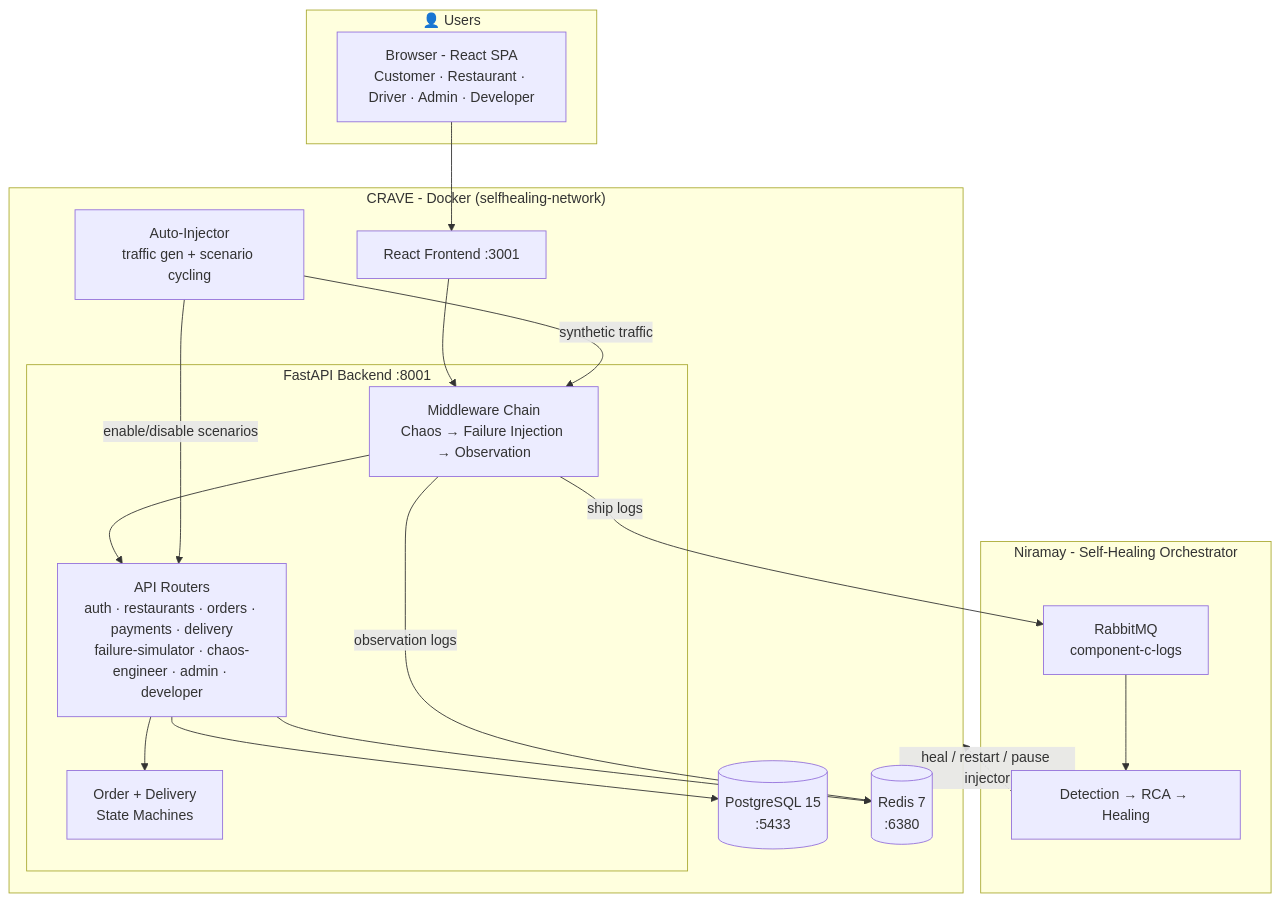
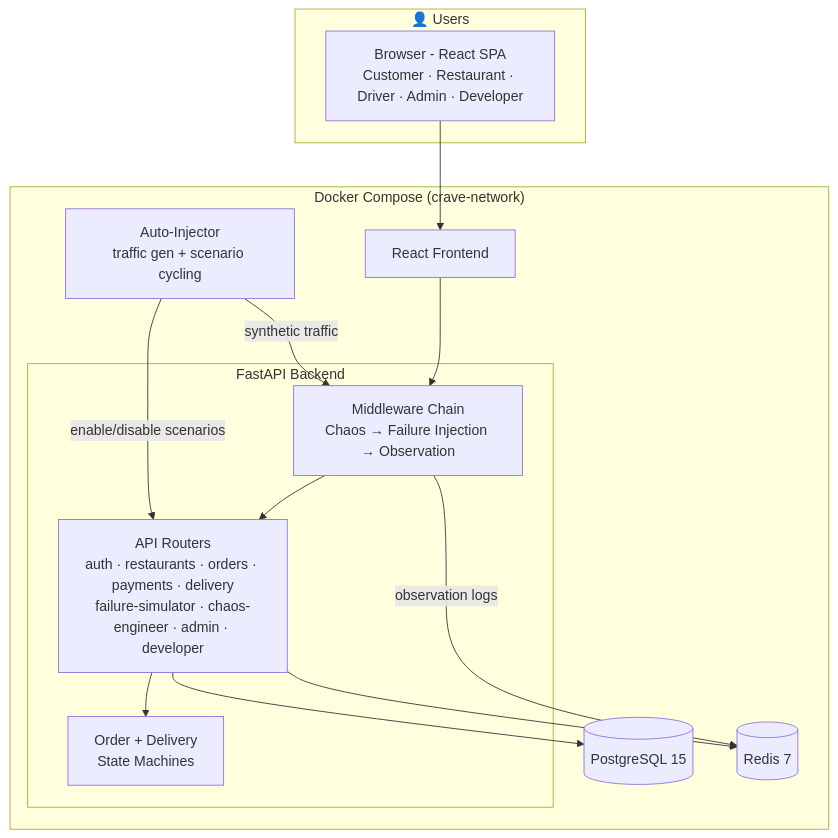
Before and after one commit to ParthGarg7/crave-chaos-kitchen: the first of 3 diagrams in README.md, drawn with Mermaid. The commit also changed other lines of this file and 8 other files, not shown here.

````diff
--- a/README.md
+++ b/README.md
@@ -39,34 +39,27 @@
 ```mermaid
 graph TB
     subgraph USER["👤 Users"]
         BROWSER["Browser - React SPA<br/>Customer · Restaurant · Driver · Admin · Developer"]
     end
 
-    subgraph CRAVE["CRAVE - Docker (selfhealing-network)"]
-        subgraph BACKEND["FastAPI Backend :8001"]
+    subgraph STACK["Docker Compose (crave-network)"]
+        subgraph BACKEND["FastAPI Backend"]
             MW["Middleware Chain<br/>Chaos → Failure Injection → Observation"]
             API["API Routers<br/>auth · restaurants · orders · payments · delivery<br/>failure-simulator · chaos-engineer · admin · developer"]
             SM["Order + Delivery<br/>State Machines"]
         end
 
         INJECTOR["Auto-Injector<br/>traffic gen + scenario cycling"]
-        POSTGRES[("PostgreSQL 15<br/>:5433")]
-        REDIS[("Redis 7<br/>:6380")]
-        FRONTEND["React Frontend :3001"]
-    end
-
-    subgraph NIRAMAY["Niramay - Self-Healing Orchestrator"]
-        RABBIT["RabbitMQ<br/>component-c-logs"]
-        HEALER["Detection → RCA → Healing"]
+        POSTGRES[("PostgreSQL 15")]
+        REDIS[("Redis 7")]
+        FRONTEND["React Frontend"]
     end
 
     BROWSER --> FRONTEND --> MW
     MW --> API --> SM
     API --> POSTGRES
     API --> REDIS
     INJECTOR -->|"enable/disable scenarios"| API
     INJECTOR -->|"synthetic traffic"| MW
     MW -->|"observation logs"| REDIS
-    MW -->|"ship logs"| RABBIT --> HEALER
-    HEALER -.->|"heal / restart / pause injector"| CRAVE
 ```
````
